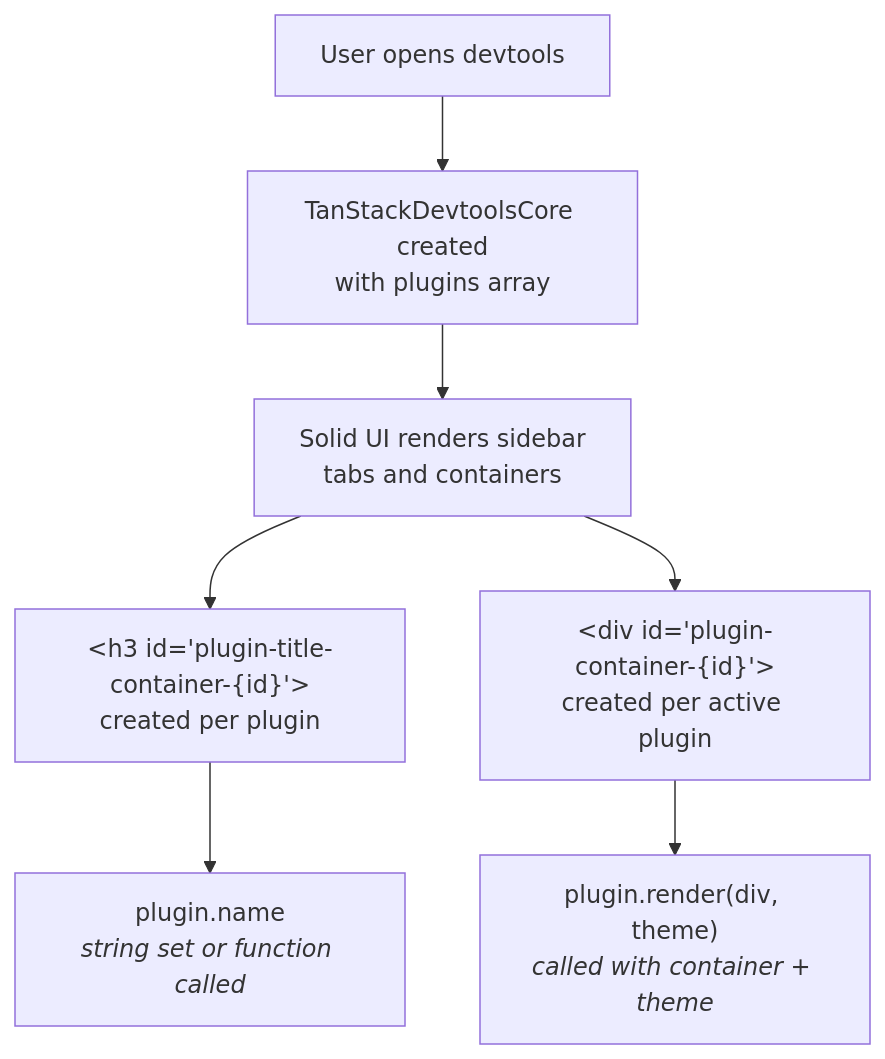
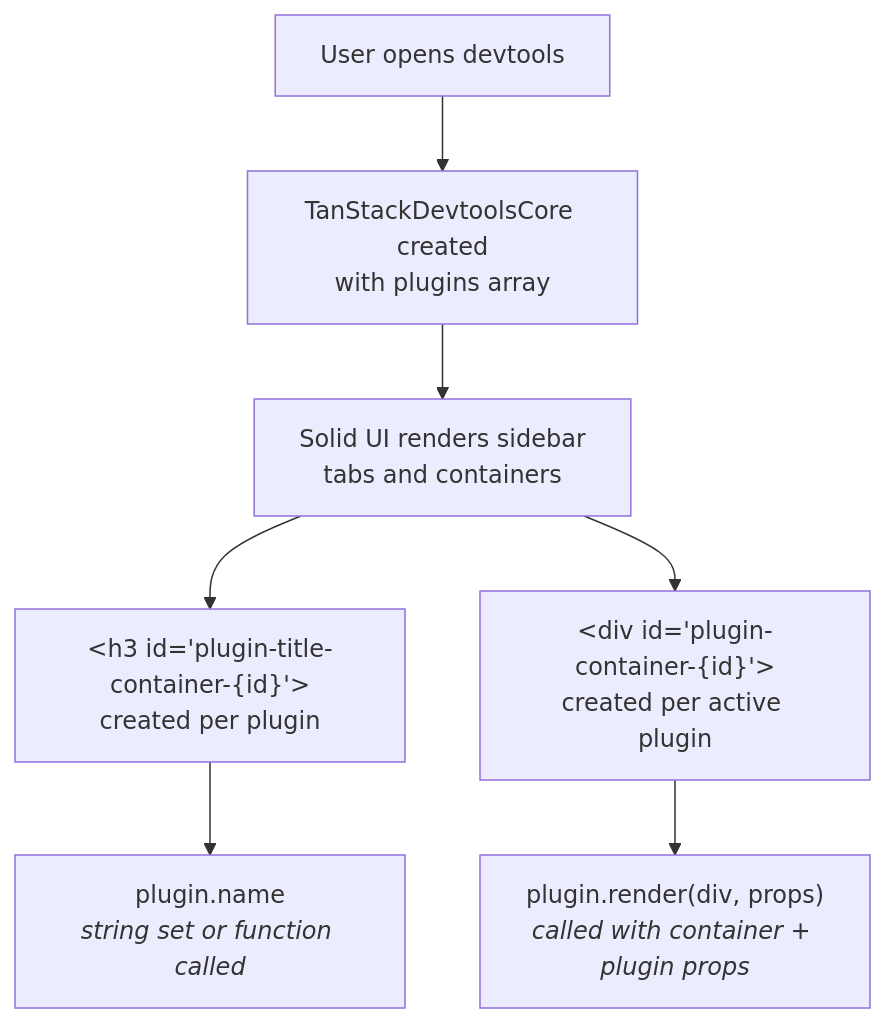
One commit to TanStack/devtools changed the first of 2 diagrams in docs/plugin-lifecycle.md. Above: the diagram before and after it, drawn with Mermaid. The commit also changed other lines of this file and 22 other files, not shown here.

````diff
--- a/docs/plugin-lifecycle.md
+++ b/docs/plugin-lifecycle.md
@@ -93,9 +100,9 @@
 ```mermaid
 flowchart TD
     A["User opens devtools"] --> B["TanStackDevtoolsCore created<br/>with plugins array"]
     B --> C["Solid UI renders sidebar<br/>tabs and containers"]
     C --> D["&lt;h3 id='plugin-title-container-{id}'&gt;<br/>created per plugin"]
     C --> E["&lt;div id='plugin-container-{id}'&gt;<br/>created per active plugin"]
     D --> F["plugin.name<br/><i>string set or function called</i>"]
-    E --> G["plugin.render(div, theme)<br/><i>called with container + theme</i>"]
+    E --> G["plugin.render(div, props)<br/><i>called with container + plugin props</i>"]
 ```
````
